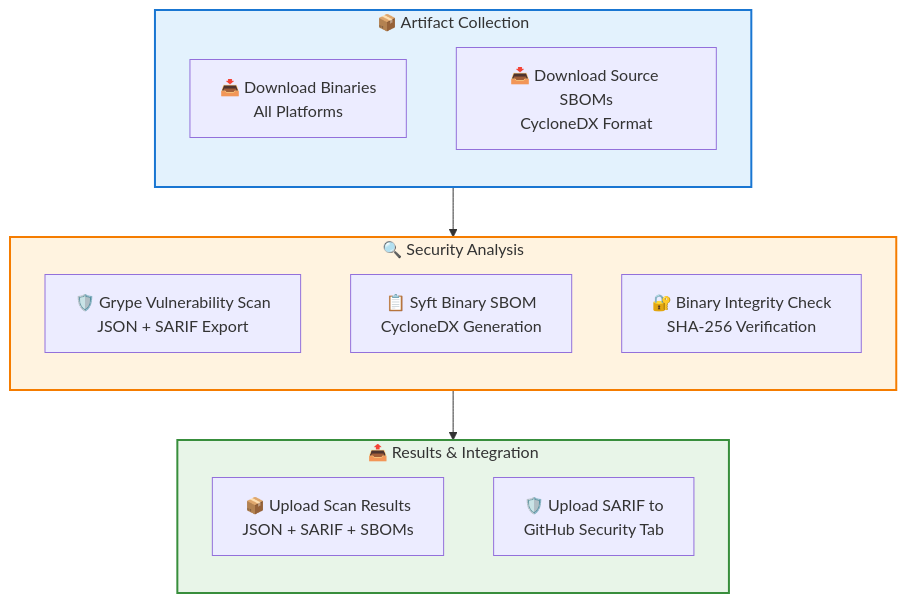
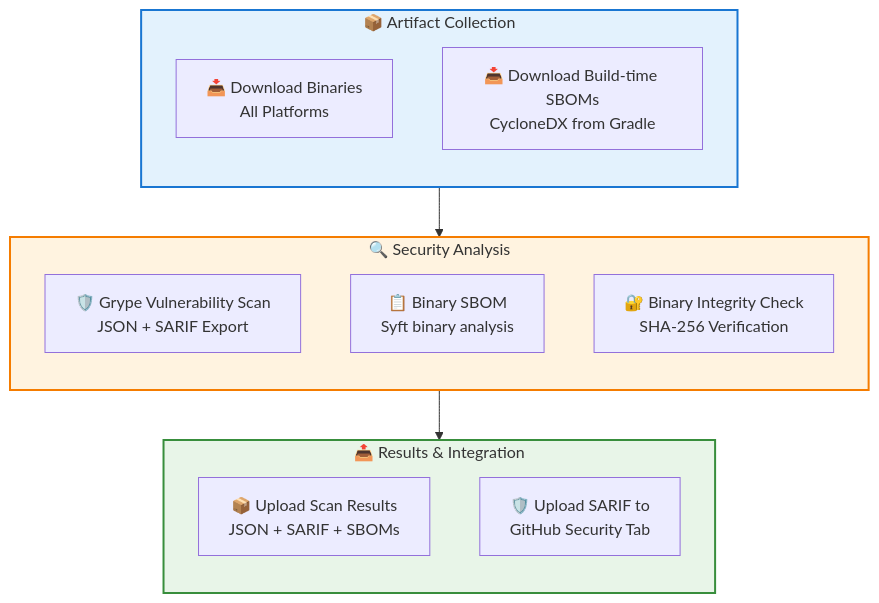
The third of 5 diagrams in docs/explanation/automated-release-process.md (kamiazya/scopes), drawn with Mermaid before and after one commit. The commit also changed other lines of this file and 6 other files, not shown here.

First line of the commit message:
Remove Oracle GraalVM dependency and use Syft for binary SBOM generation

````diff
--- a/docs/explanation/automated-release-process.md
+++ b/docs/explanation/automated-release-process.md
@@ -83,33 +83,33 @@
 ```mermaid
 graph TB
     subgraph Download ["📦 Artifact Collection"]
         direction TB
         GetBin[📥 Download Binaries<br/>All Platforms]
-        GetSrcSBOM[📥 Download Source SBOMs<br/>CycloneDX Format]
+        GetBuildSBOM[📥 Download Build-time SBOMs<br/>CycloneDX from Gradle]
     end
     
     subgraph Scanning ["🔍 Security Analysis"]
         direction TB
         GrypeVuln[🛡️ Grype Vulnerability Scan<br/>JSON + SARIF Export]
-        SyftSBOM[📋 Syft Binary SBOM<br/>CycloneDX Generation]
+        ImageSBOM[📋 Binary SBOM<br/>Syft binary analysis]
         VerifyIntegrity[🔐 Binary Integrity Check<br/>SHA-256 Verification]
     end
     
     subgraph Upload ["📤 Results & Integration"]
         direction TB
         UploadArtifacts[📦 Upload Scan Results<br/>JSON + SARIF + SBOMs]
         GitHubSecurity[🛡️ Upload SARIF to<br/>GitHub Security Tab]
     end
     
     Download --> Scanning
     Scanning --> Upload
     
     %% Styling
     classDef downloadBox fill:#e3f2fd,stroke:#1976d2,stroke-width:2px
     classDef scanBox fill:#fff3e0,stroke:#f57c00,stroke-width:2px
     classDef uploadBox fill:#e8f5e8,stroke:#388e3c,stroke-width:2px
     
     class Download downloadBox
     class Scanning scanBox
     class Upload uploadBox
 ```
````
